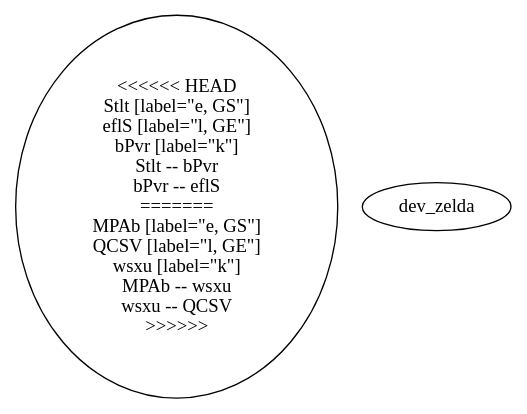
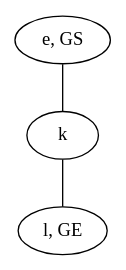
Before and after one commit to schrum2/MM-NEAT: the diagram in data/VGLC/Zelda/rules/1/8_K-L.dot, drawn with Graphviz. The commit also changed 24 other files, not shown here.

```diff
--- a/data/VGLC/Zelda/rules/1/8_K-L.dot
+++ b/data/VGLC/Zelda/rules/1/8_K-L.dot
@@ -1,15 +1,7 @@
 graph {
-<<<<<<< HEAD
-Stlt [label="e, GS"]
-eflS [label="l, GE"]
-bPvr [label="k"]
-Stlt -- bPvr
-bPvr -- eflS
-=======
-MPAb [label="e, GS"]
-QCSV [label="l, GE"]
-wsxu [label="k"]
-MPAb -- wsxu
-wsxu -- QCSV
->>>>>>> dev_zelda
+XweA [label="e, GS"]
+Gfxv [label="l, GE"]
+HBrh [label="k"]
+XweA -- HBrh
+HBrh -- Gfxv
 }
```
